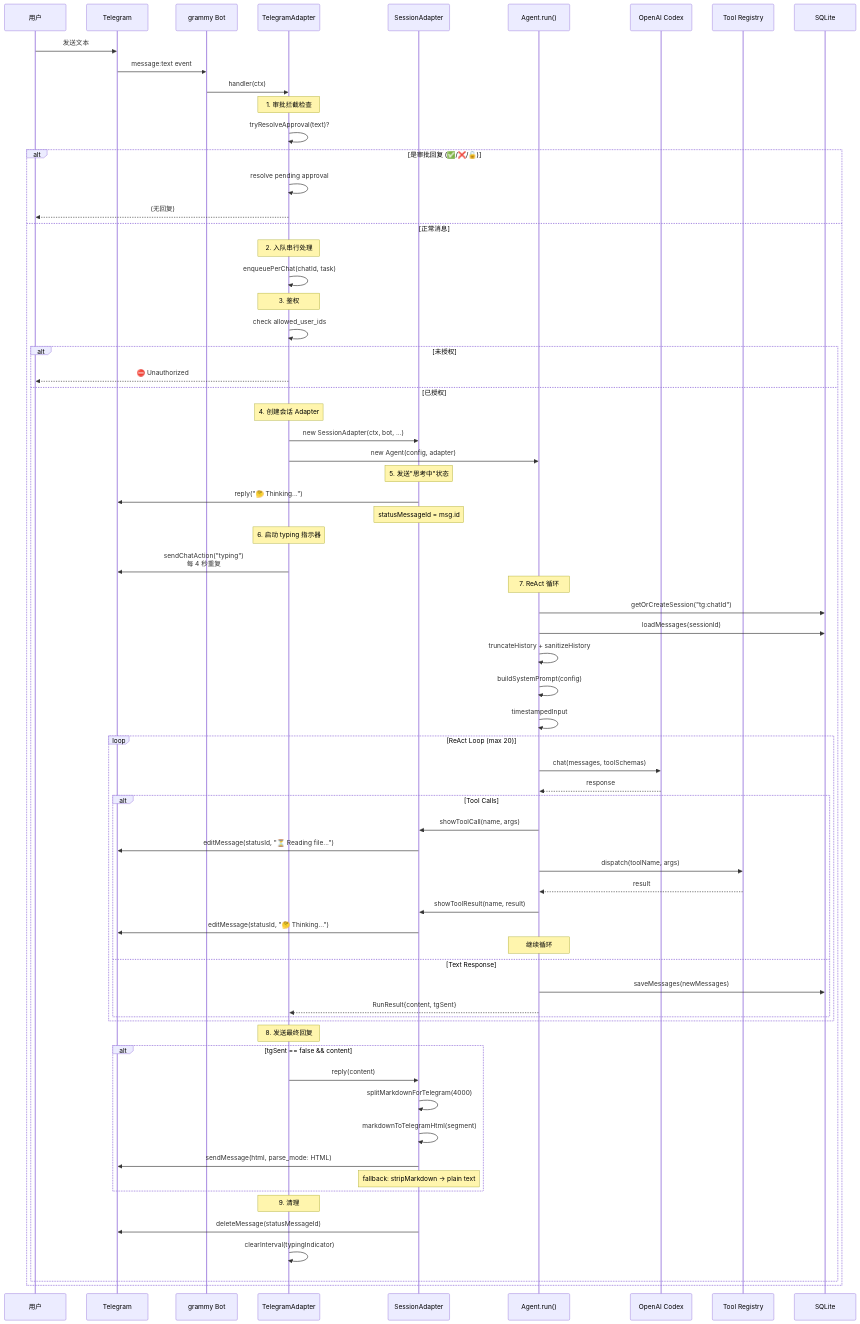
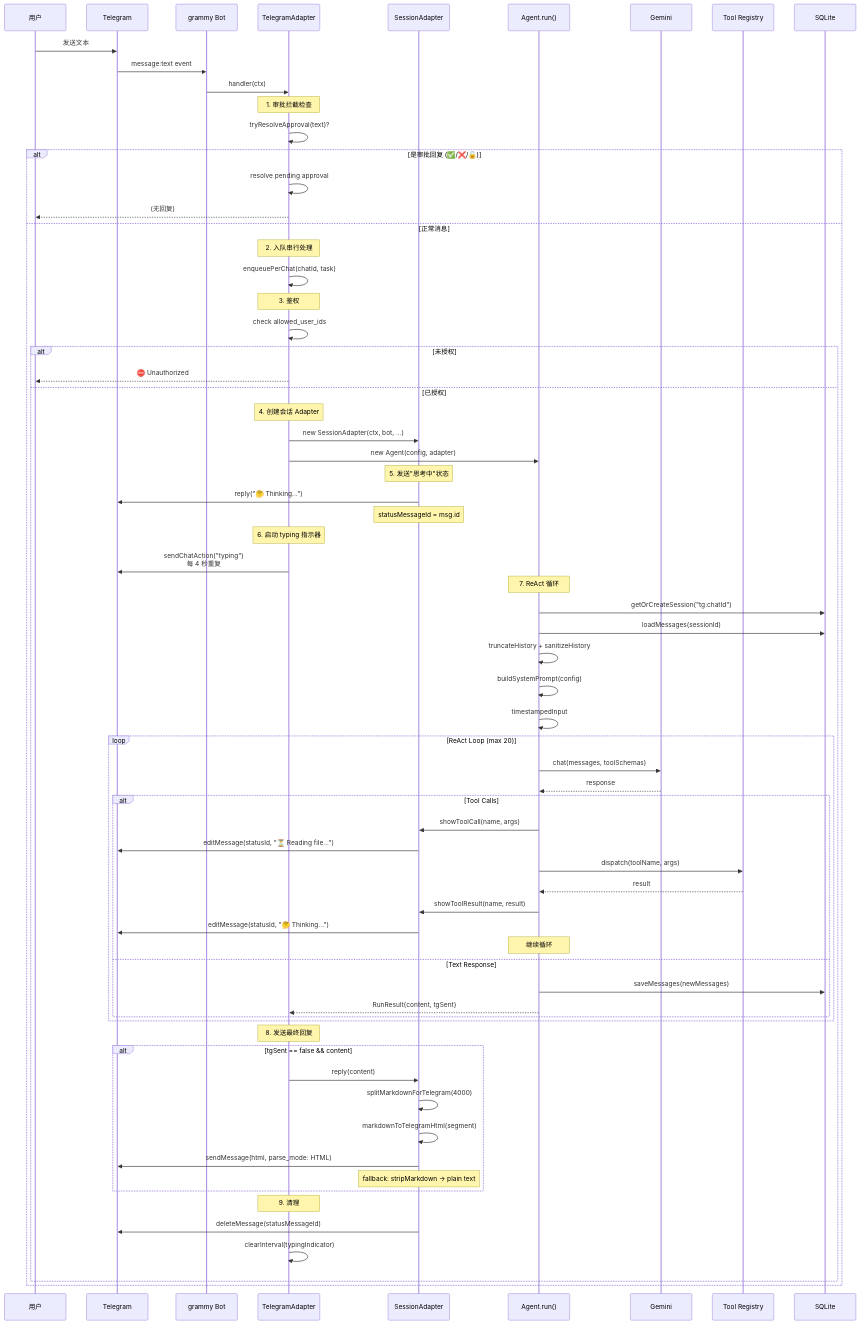
One commit to boltguo/anya changed the third of 14 diagrams in docs/telegram.md. Above: the diagram before and after it, drawn with Mermaid. The commit also changed other lines of this file and 48 other files, not shown here.

````diff
--- a/docs/telegram.md
+++ b/docs/telegram.md
@@ -77,81 +77,81 @@
 ```mermaid
 sequenceDiagram
     participant User as 用户
     participant TG as Telegram
     participant Bot as grammy Bot
     participant TA as TelegramAdapter
     participant TSA as SessionAdapter
     participant Agent as Agent.run()
-    participant LLM as OpenAI Codex
+    participant LLM as Gemini
     participant Tools as Tool Registry
     participant DB as SQLite
 
     User->>TG: 发送文本
     TG->>Bot: message:text event
     Bot->>TA: handler(ctx)
 
     Note over TA: 1. 审批拦截检查
     TA->>TA: tryResolveApproval(text)?
     alt 是审批回复 (✅/❌/🔓)
         TA->>TA: resolve pending approval
         TA-->>User: (无回复)
     else 正常消息
         Note over TA: 2. 入队串行处理
         TA->>TA: enqueuePerChat(chatId, task)
 
         Note over TA: 3. 鉴权
         TA->>TA: check allowed_user_ids
         alt 未授权
             TA-->>User: ⛔ Unauthorized
         else 已授权
             Note over TA: 4. 创建会话 Adapter
             TA->>TSA: new SessionAdapter(ctx, bot, ...)
             TA->>Agent: new Agent(config, adapter)
 
             Note over TSA: 5. 发送"思考中"状态
             TSA->>TG: reply("🤔 Thinking...")
             Note over TSA: statusMessageId = msg.id
 
             Note over TA: 6. 启动 typing 指示器
             TA->>TG: sendChatAction("typing")<br/>每 4 秒重复
 
             Note over Agent: 7. ReAct 循环
             Agent->>DB: getOrCreateSession("tg:chatId")
             Agent->>DB: loadMessages(sessionId)
             Agent->>Agent: truncateHistory + sanitizeHistory
             Agent->>Agent: buildSystemPrompt(config)
             Agent->>Agent: timestampedInput
 
             loop ReAct Loop (max 20)
                 Agent->>LLM: chat(messages, toolSchemas)
                 LLM-->>Agent: response
 
                 alt Tool Calls
                     Agent->>TSA: showToolCall(name, args)
                     TSA->>TG: editMessage(statusId, "⏳ Reading file...")
                     Agent->>Tools: dispatch(toolName, args)
                     Tools-->>Agent: result
                     Agent->>TSA: showToolResult(name, result)
                     TSA->>TG: editMessage(statusId, "🤔 Thinking...")
                     Note over Agent: 继续循环
                 else Text Response
                     Agent->>DB: saveMessages(newMessages)
                     Agent-->>TA: RunResult{content, tgSent}
                 end
             end
 
             Note over TA: 8. 发送最终回复
             alt tgSent == false && content
                 TA->>TSA: reply(content)
                 TSA->>TSA: splitMarkdownForTelegram(4000)
                 TSA->>TSA: markdownToTelegramHtml(segment)
                 TSA->>TG: sendMessage(html, parse_mode: HTML)
                 Note over TSA: fallback: stripMarkdown → plain text
             end
 
             Note over TA: 9. 清理
             TSA->>TG: deleteMessage(statusMessageId)
             TA->>TA: clearInterval(typingIndicator)
         end
     end
 ```
````
